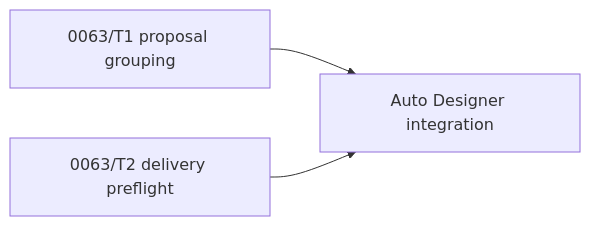
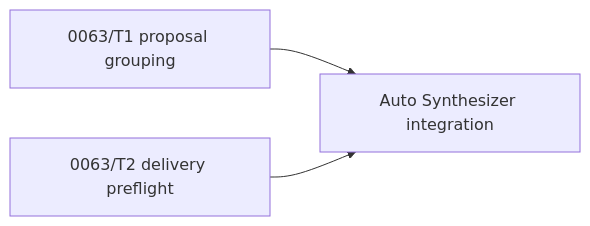
The diagram in docs/specs/0063-lightweight-delivery-preflight.md (Curry09/AHE-Beta), drawn with Mermaid before and after one commit. The commit also changed other lines of this file and 248 other files, not shown here.

````diff
--- a/docs/specs/0063-lightweight-delivery-preflight.md
+++ b/docs/specs/0063-lightweight-delivery-preflight.md
@@ -117,5 +117,5 @@
 ```mermaid
 flowchart LR
-    T1[0063/T1 proposal grouping] --> I[Auto Designer integration]
+    T1[0063/T1 proposal grouping] --> I[Auto Synthesizer integration]
     T2[0063/T2 delivery preflight] --> I
 ```
````
